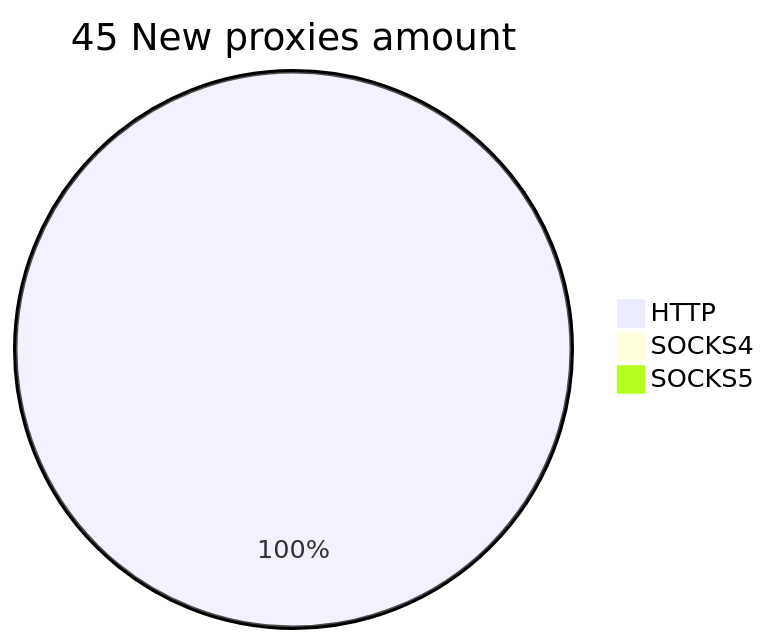
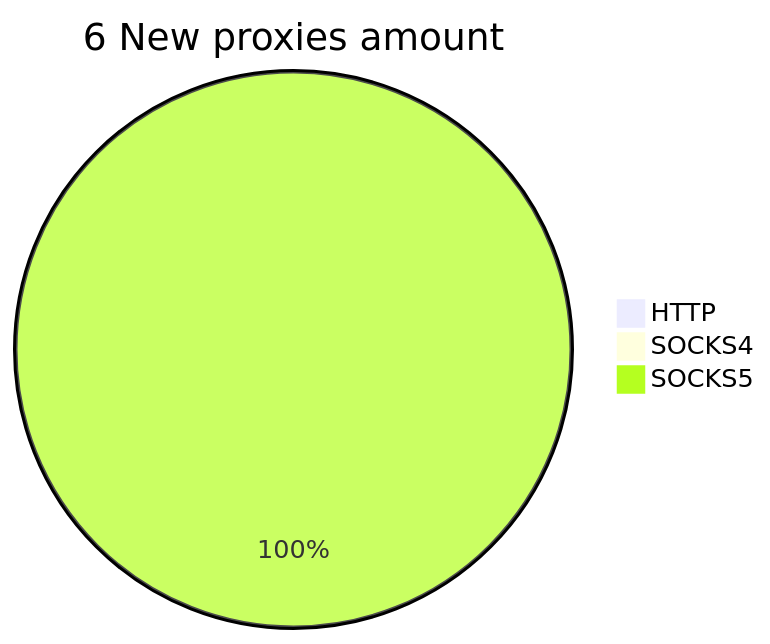
The second of 2 diagrams in README.md (cutipu/proxylist), drawn with Mermaid before and after one commit. The commit also changed other lines of this file, not shown here.

````diff
--- a/README.md
+++ b/README.md
@@ -10,6 +10,6 @@
 ```mermaid
-pie title 45 New proxies amount
-    "HTTP" : 61
+pie title 6 New proxies amount
+    "HTTP" : 0
     "SOCKS4" : 0
-    "SOCKS5" : 0
+    "SOCKS5" : 8
 ```
````
